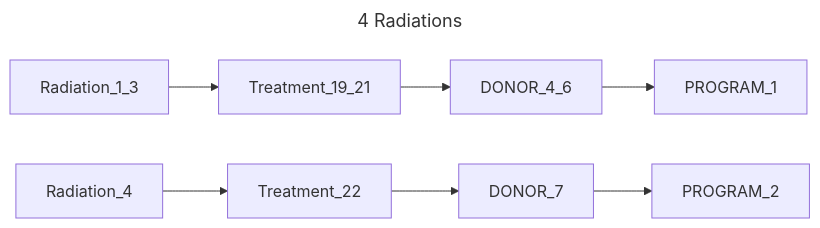
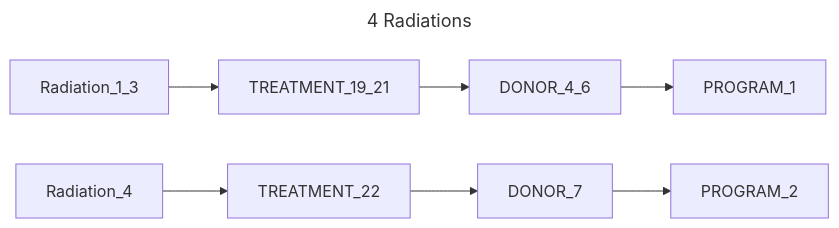
Before and after one commit to CanDIG/katsu: the ninth of 14 diagrams in chord_metadata_service/mohpackets/data/small_dataset/README.md, drawn with Mermaid. The commit also changed other lines of this file and 2 other files, not shown here.

Commit message:
check graphs

````diff
--- a/chord_metadata_service/mohpackets/data/small_dataset/README.md
+++ b/chord_metadata_service/mohpackets/data/small_dataset/README.md
@@ -156,8 +156,8 @@
 ```mermaid
 ---
 title: 4 Radiations
 ---
 graph LR;  
-  Radiation_1_3 --> Treatment_19_21 --> DONOR_4_6 --> PROGRAM_1;  
-  Radiation_4 --> Treatment_22 --> DONOR_7 --> PROGRAM_2; 
+  Radiation_1_3 --> TREATMENT_19_21 --> DONOR_4_6 --> PROGRAM_1;  
+  Radiation_4 --> TREATMENT_22 --> DONOR_7 --> PROGRAM_2; 
 ```
````
